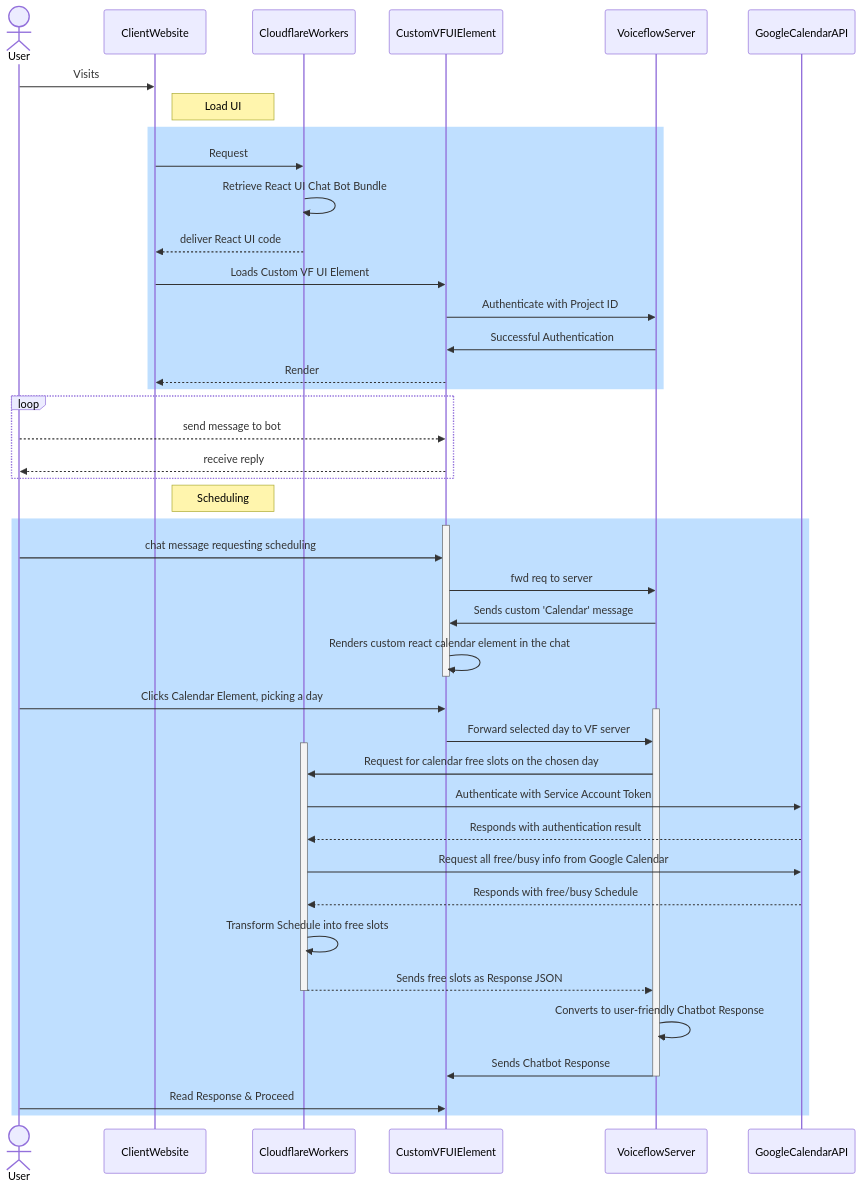
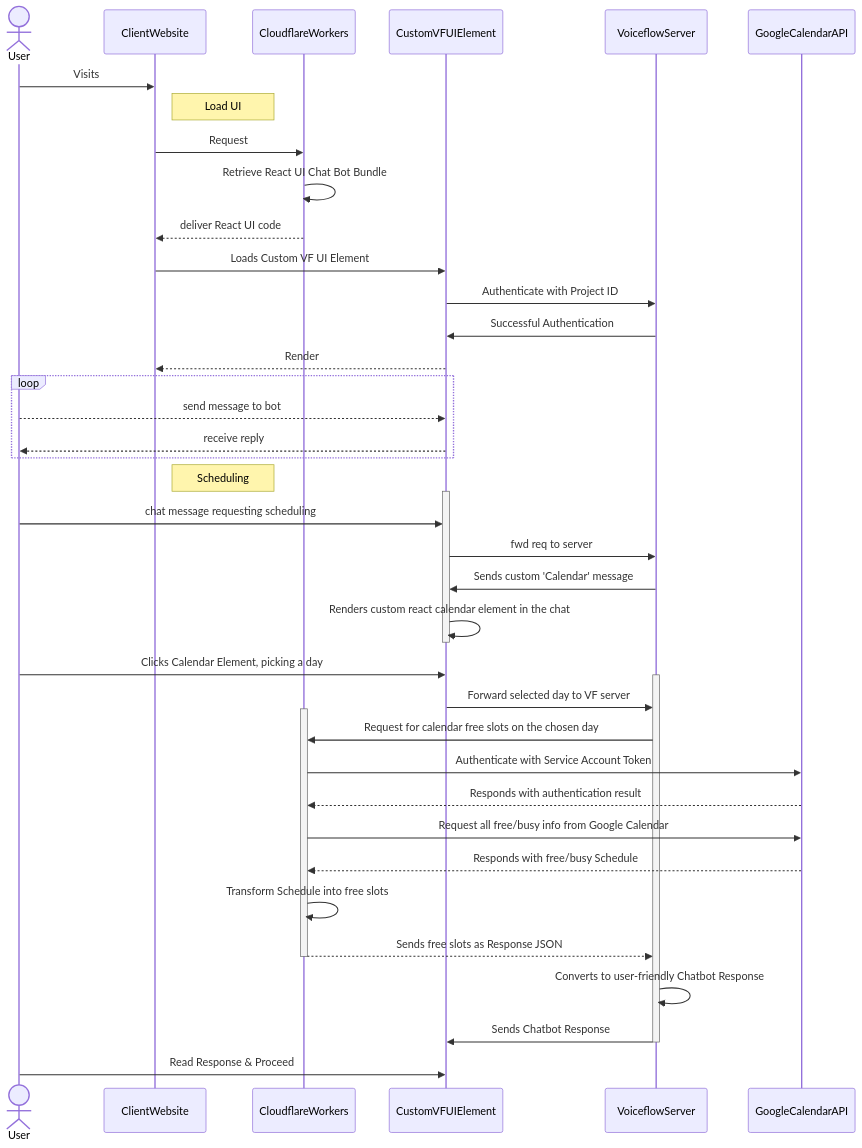
One commit to marcusDataThemis/voiceflow_custom_interactions changed the diagram in README.md. Above: the diagram before and after it, drawn with Mermaid.

````diff
--- a/README.md
+++ b/README.md
@@ -9,56 +9,56 @@
 ```mermaid
 sequenceDiagram
     actor User
     participant ClientWebsite
     participant CloudflareWorkers
     participant CustomVFUIElement
     participant VoiceflowServer
 
     User ->> ClientWebsite: Visits
        note right of ClientWebsite: Load UI
-    rect rgb(191, 223, 255) 
+   %% rect rgb(191, 223, 255) 
 
     ClientWebsite ->> CloudflareWorkers: Request
     CloudflareWorkers ->> CloudflareWorkers: Retrieve React UI Chat Bot Bundle
 
     CloudflareWorkers -->> ClientWebsite: deliver React UI code 
 
     ClientWebsite ->> CustomVFUIElement: Loads Custom VF UI Element
     CustomVFUIElement ->> VoiceflowServer: Authenticate with Project ID
     VoiceflowServer ->> CustomVFUIElement: Successful Authentication
     CustomVFUIElement -->> ClientWebsite: Render
-    end
+ %%   end
       loop
     User -->> CustomVFUIElement: send message to bot
     CustomVFUIElement -->> User : receive reply
     end
 note right of ClientWebsite: Scheduling
-rect rgb(191, 223, 255) 
+%%rect rgb(191, 223, 255) 
     activate CustomVFUIElement
     
     
     User ->> CustomVFUIElement: chat message requesting scheduling
     CustomVFUIElement ->> VoiceflowServer: fwd req to server
     VoiceflowServer ->> CustomVFUIElement: Sends custom 'Calendar' message
     CustomVFUIElement ->> CustomVFUIElement: Renders custom react calendar element in the chat
     deactivate CustomVFUIElement
 
     User ->> CustomVFUIElement: Clicks Calendar Element, picking a day
     activate VoiceflowServer
     CustomVFUIElement ->> VoiceflowServer: Forward selected day to VF server
     activate CloudflareWorkers
     VoiceflowServer ->> CloudflareWorkers: Request for calendar free slots on the chosen day
     CloudflareWorkers->> GoogleCalendarAPI: Authenticate with Service Account Token
     GoogleCalendarAPI -->> CloudflareWorkers: Responds with authentication result
     CloudflareWorkers ->> GoogleCalendarAPI: Request all free/busy info from Google Calendar
     GoogleCalendarAPI -->> CloudflareWorkers: Responds with free/busy Schedule
     CloudflareWorkers ->> CloudflareWorkers: Transform Schedule into free slots
     CloudflareWorkers -->> VoiceflowServer: Sends free slots as Response JSON
     deactivate CloudflareWorkers
     VoiceflowServer ->> VoiceflowServer: Converts to user-friendly Chatbot Response
     VoiceflowServer ->> CustomVFUIElement: Sends Chatbot Response
     deactivate VoiceflowServer
 
     User ->> CustomVFUIElement: Read Response & Proceed
-end
+%%end
 ```
````
